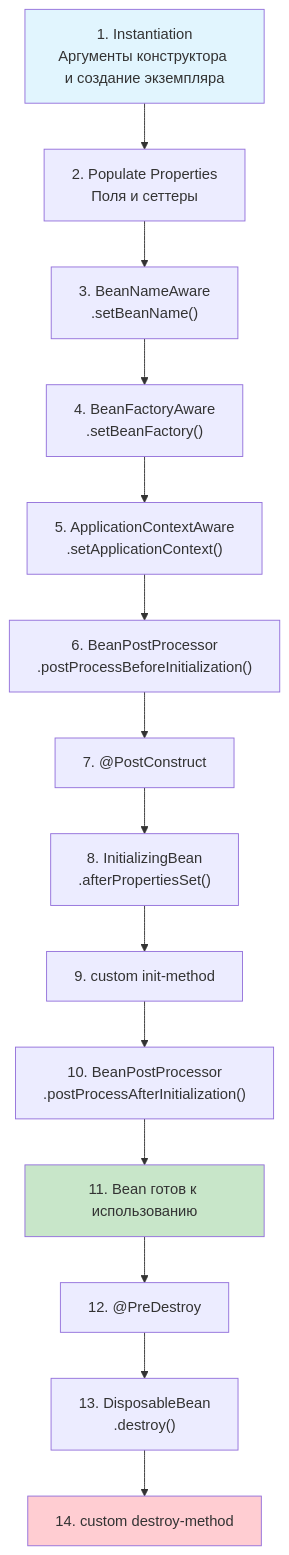
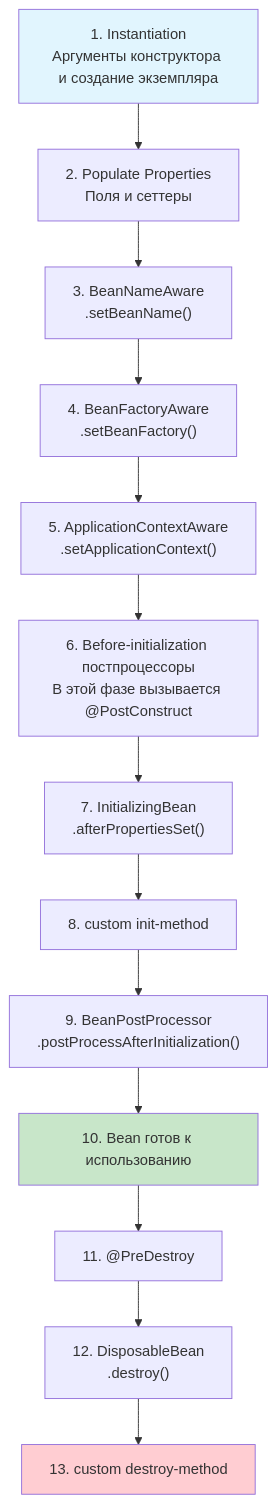
One commit to akeverus/cheat-sheet changed the eighth of 17 diagrams in cheatsheets/interview/frameworks/spring/spring-framework-interview.md. Above: the diagram before and after it, drawn with Mermaid. The commit also changed other lines of this file and 2 other files, not shown here.

````diff
--- a/cheatsheets/interview/frameworks/spring/spring-framework-interview.md
+++ b/cheatsheets/interview/frameworks/spring/spring-framework-interview.md
@@ -397,20 +480,19 @@
 ```mermaid
 graph TB
     A["1. Instantiation<br/>Аргументы конструктора и создание экземпляра"] --> B["2. Populate Properties<br/>Поля и сеттеры"]
     B --> C["3. BeanNameAware<br/>.setBeanName()"]
     C --> D["4. BeanFactoryAware<br/>.setBeanFactory()"]
     D --> E["5. ApplicationContextAware<br/>.setApplicationContext()"]
-    E --> F["6. BeanPostProcessor<br/>.postProcessBeforeInitialization()"]
-    F --> G["7. @PostConstruct"]
-    G --> H["8. InitializingBean<br/>.afterPropertiesSet()"]
-    H --> I["9. custom init-method"]
-    I --> J["10. BeanPostProcessor<br/>.postProcessAfterInitialization()"]
-    J --> K["11. Bean готов к использованию"]
-    K --> L["12. @PreDestroy"]
-    L --> M["13. DisposableBean<br/>.destroy()"]
-    M --> N["14. custom destroy-method"]
+    E --> F["6. Before-initialization постпроцессоры<br/>В этой фазе вызывается @PostConstruct"]
+    F --> H["7. InitializingBean<br/>.afterPropertiesSet()"]
+    H --> I["8. custom init-method"]
+    I --> J["9. BeanPostProcessor<br/>.postProcessAfterInitialization()"]
+    J --> K["10. Bean готов к использованию"]
+    K --> L["11. @PreDestroy"]
+    L --> M["12. DisposableBean<br/>.destroy()"]
+    M --> N["13. custom destroy-method"]
 
     style A fill:#e1f5fe
     style K fill:#c8e6c9
     style N fill:#ffcdd2
 ```
````
